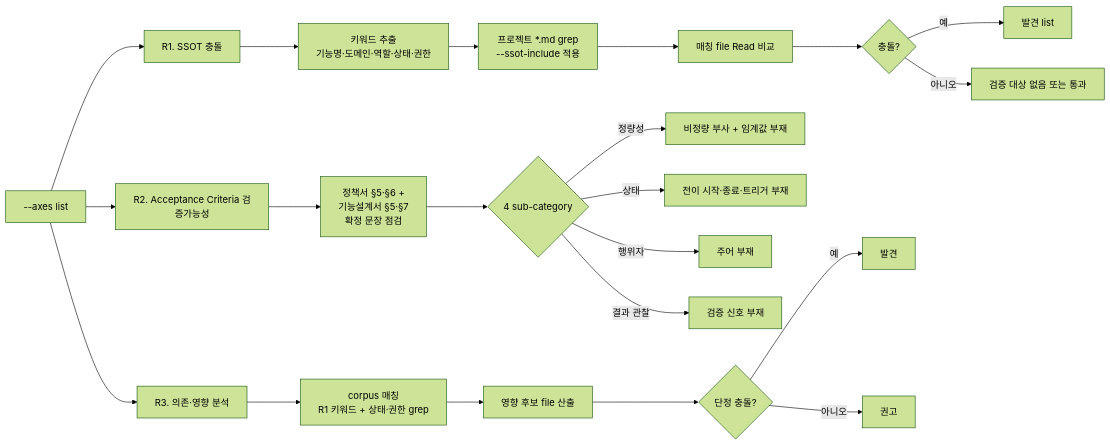
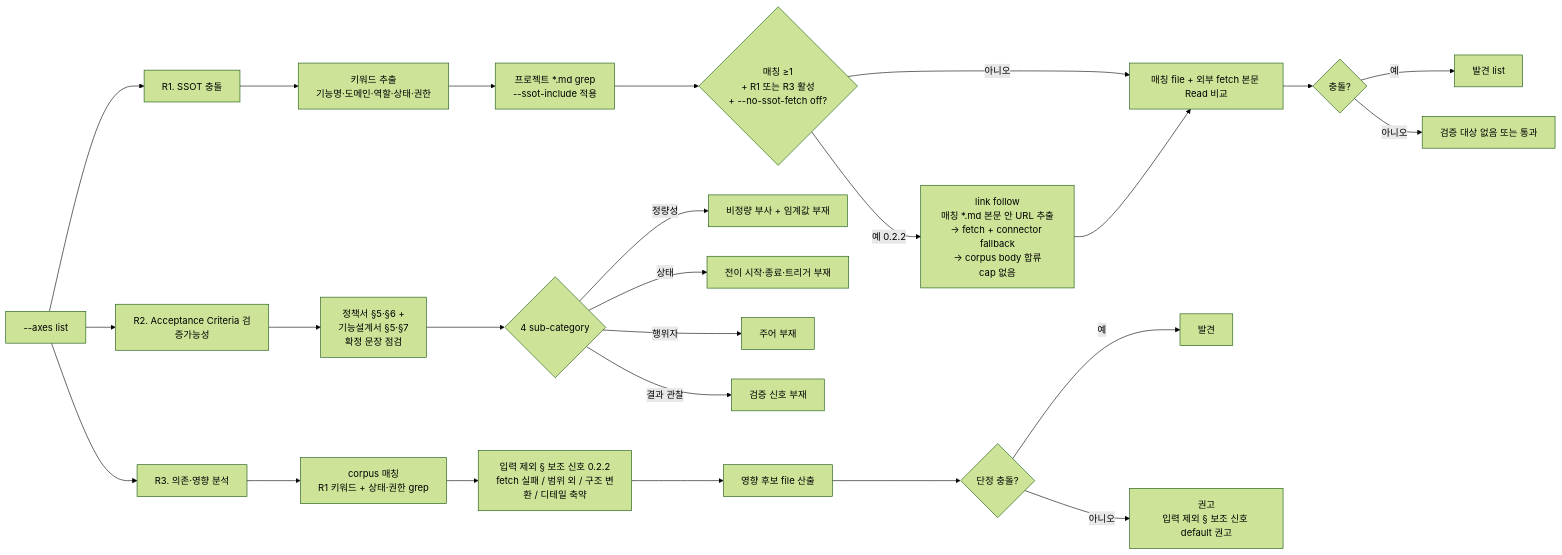
One commit to inkwonjung-colosseum/plugins changed the fourth of 8 diagrams in planning-kit/docs/planning-review-workflow.md. Above: the diagram before and after it, drawn with Mermaid (forest theme). The commit also changed other lines of this file and 9 other files, not shown here.

````diff
--- a/planning-kit/docs/planning-review-workflow.md
+++ b/planning-kit/docs/planning-review-workflow.md
@@ -89,26 +90,30 @@
 ```mermaid
 flowchart LR
   T[--axes list] --> R1[R1. SSOT 충돌]
   T --> R2[R2. Acceptance Criteria 검증가능성]
   T --> R3[R3. 의존·영향 분석]
 
   R1 --> R1A[키워드 추출<br/>기능명·도메인·역할·상태·권한]
   R1A --> R1B[프로젝트 *.md grep<br/>--ssot-include 적용]
-  R1B --> R1C[매칭 file Read 비교]
+  R1B --> R1L{매칭 ≥1<br/>+ R1 또는 R3 활성<br/>+ --no-ssot-fetch off?}
+  R1L -->|예 0.2.2| R1LF[link follow<br/>매칭 *.md 본문 안 URL 추출<br/>→ fetch + connector fallback<br/>→ corpus body 합류<br/>cap 없음]
+  R1L -->|아니오| R1C
+  R1LF --> R1C[매칭 file + 외부 fetch 본문 Read 비교]
   R1C --> R1D{충돌?}
   R1D -->|예| R1E[발견 list]
   R1D -->|아니오| R1F[검증 대상 없음 또는 통과]
 
   R2 --> R2A[정책서 §5·§6 +<br/>기능설계서 §5·§7<br/>확정 문장 점검]
   R2A --> R2B{4 sub-category}
   R2B -->|정량성| R2X[비정량 부사 + 임계값 부재]
   R2B -->|상태| R2Y[전이 시작·종료·트리거 부재]
   R2B -->|행위자| R2Z[주어 부재]
   R2B -->|결과 관찰| R2W[검증 신호 부재]
 
   R3 --> R3A[corpus 매칭<br/>R1 키워드 + 상태·권한 grep]
-  R3A --> R3B[영향 후보 file 산출]
+  R3A --> R3X[입력 제외 § 보조 신호 0.2.2<br/>fetch 실패 / 범위 외 / 구조 변환 / 디테일 축약]
+  R3X --> R3B[영향 후보 file 산출]
   R3B --> R3C{단정 충돌?}
   R3C -->|예| R3D[발견]
-  R3C -->|아니오| R3E[권고]
+  R3C -->|아니오| R3E[권고<br/>입력 제외 § 보조 신호 default 권고]
 ```
````
